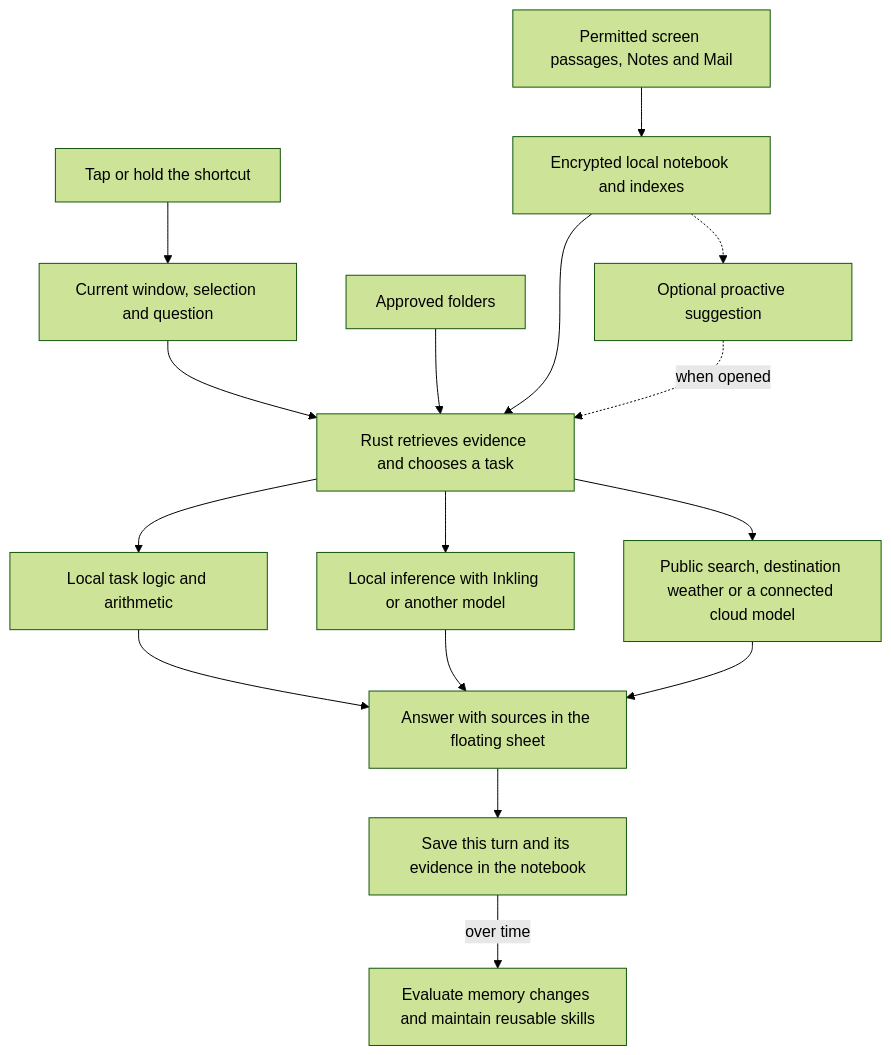
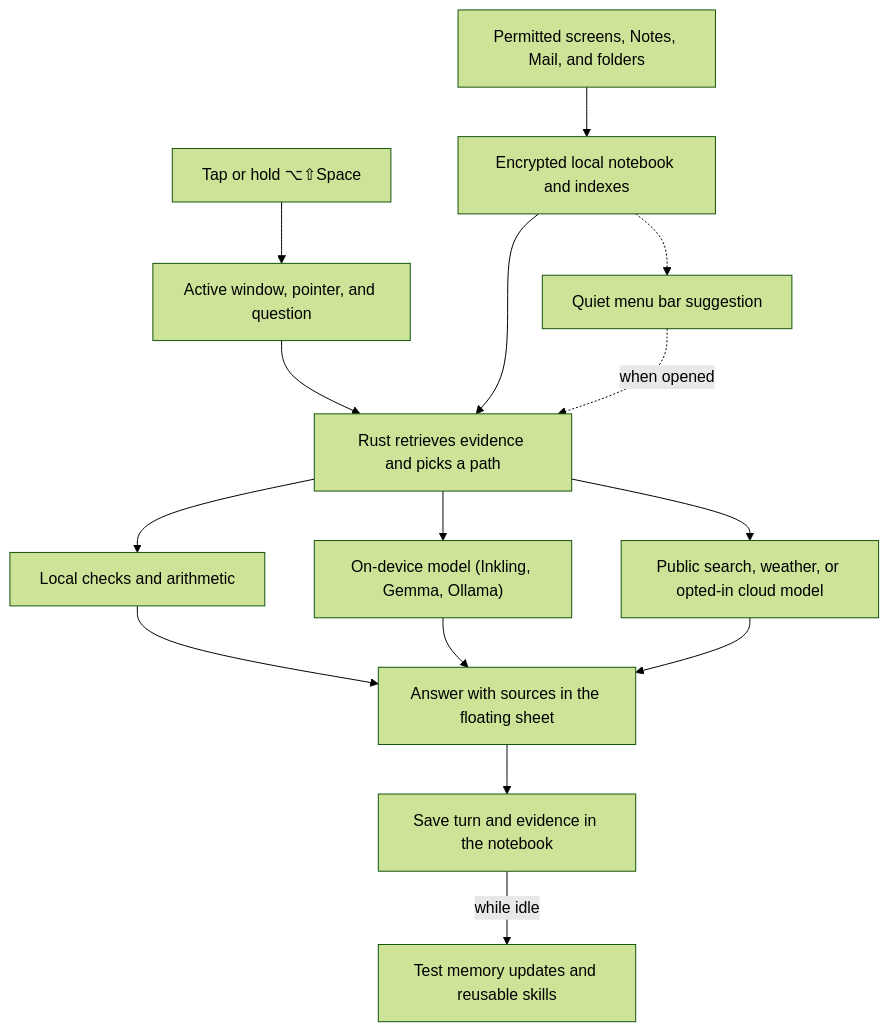
One commit to pranavdulepet/beside changed the diagram in docs/architecture.md. Above: the diagram before and after it, drawn with Mermaid (forest theme). The commit also changed other lines of this file and 5 other files, not shown here.

````diff
--- a/docs/architecture.md
+++ b/docs/architecture.md
@@ -5,18 +5,17 @@
 ```mermaid
 flowchart TD
-    shortcut["Tap or hold the shortcut"] --> target["Current window, selection and question"]
-    sources["Permitted screen passages, Notes and Mail"] --> index["Encrypted local notebook and indexes"]
-    index --> ask["Rust retrieves evidence and chooses a task"]
+    shortcut["Tap or hold ⌥⇧Space"] --> target["Active window, pointer, and question"]
+    sources["Permitted screens, Notes, Mail, and folders"] --> index["Encrypted local notebook and indexes"]
+    index --> ask["Rust retrieves evidence and picks a path"]
     target --> ask
-    folders["Approved folders"] --> ask
-    index -.-> dot["Optional proactive suggestion"]
+    index -.-> dot["Quiet menu bar suggestion"]
     dot -.->|when opened| ask
-    ask --> rules["Local task logic and arithmetic"]
-    ask --> model["Local inference with Inkling or another model"]
-    ask --> network["Public search, destination weather or a connected cloud model"]
+    ask --> rules["Local checks and arithmetic"]
+    ask --> model["On-device model (Inkling, Gemma, Ollama)"]
+    ask --> network["Public search, weather, or opted-in cloud model"]
     rules --> result["Answer with sources in the floating sheet"]
     model --> result
     network --> result
-    result --> save["Save this turn and its evidence in the notebook"]
-    save -->|over time| learning["Evaluate memory changes and maintain reusable skills"]
+    result --> save["Save turn and evidence in the notebook"]
+    save -->|while idle| learning["Test memory updates and reusable skills"]
 ```
````
